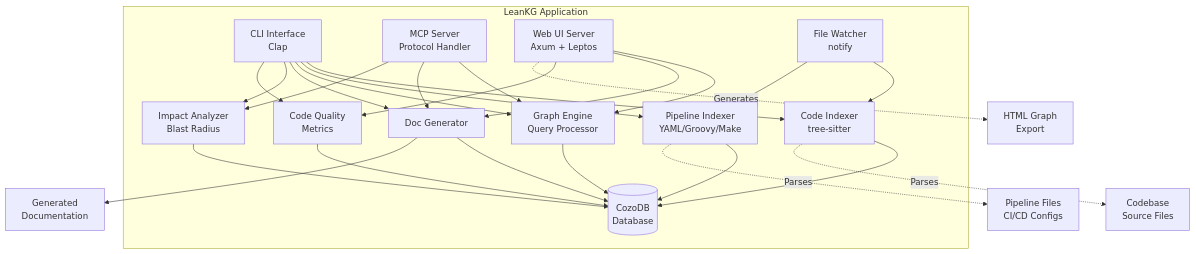
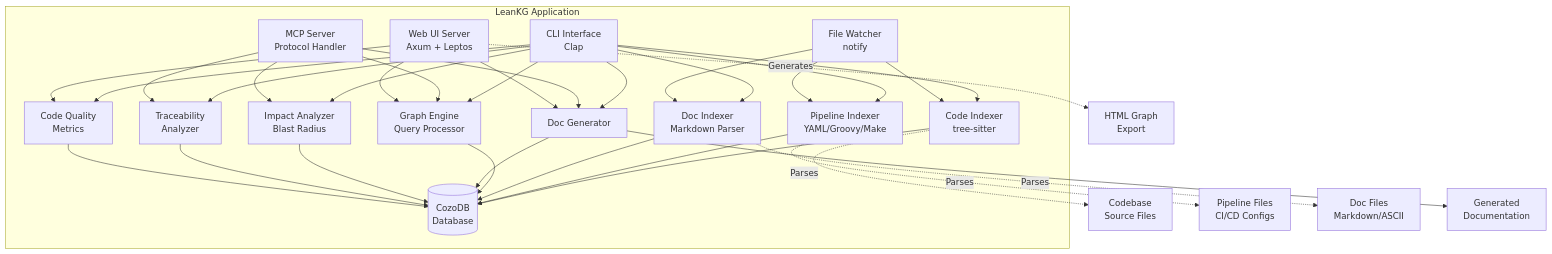
Before and after one commit to FreePeak/LeanKG: the second of 13 diagrams in docs/design/hld-leankg.md, drawn with Mermaid. The commit also changed other lines of this file and 2 other files, not shown here.

````diff
--- a/docs/design/hld-leankg.md
+++ b/docs/design/hld-leankg.md
@@ -95,53 +103,63 @@
 ```mermaid
 graph TB
     subgraph "LeanKG Application"
         CLI[CLI Interface<br/>Clap]
         MCP[MCP Server<br/>Protocol Handler]
         Web[Web UI Server<br/>Axum + Leptos]
         
         Indexer[Code Indexer<br/>tree-sitter]
         PipeIdx[Pipeline Indexer<br/>YAML/Groovy/Make]
+        DocIdx[Doc Indexer<br/>Markdown Parser]
         Graph[Graph Engine<br/>Query Processor]
         DocGen[Doc Generator]
         Watcher[File Watcher<br/>notify]
         Impact[Impact Analyzer<br/>Blast Radius]
+        Trace[Traceability<br/>Analyzer]
         Qual[Code Quality<br/>Metrics]
         
         DB[(CozoDB<br/>Database)]
         
         CLI --> Indexer
         CLI --> PipeIdx
+        CLI --> DocIdx
         CLI --> Graph
         CLI --> DocGen
         CLI --> Impact
+        CLI --> Trace
         CLI --> Qual
         
         MCP --> Graph
         MCP --> DocGen
         MCP --> Impact
+        MCP --> Trace
         
         Web --> Graph
         Web --> DocGen
         Web --> Qual
         
         Indexer --> DB
         PipeIdx --> DB
+        DocIdx --> DB
         Graph --> DB
         DocGen --> DB
         Impact --> DB
+        Trace --> DB
         Qual --> DB
         Watcher --> Indexer
         Watcher --> PipeIdx
+        Watcher --> DocIdx
     end
     
     Codebase[Codebase<br/>Source Files]
     PipeFiles[Pipeline Files<br/>CI/CD Configs]
+    DocFiles[Doc Files<br/>Markdown/ASCII]
     Indexer -.->|Parses| Codebase
     PipeIdx -.->|Parses| PipeFiles
+    DocIdx -.->|Parses| DocFiles
     
     Output[Generated<br/>Documentation]
     DocGen --> Output
     
     HTML[HTML Graph<br/>Export]
     Web -.->|Generates| HTML
 ```
````
